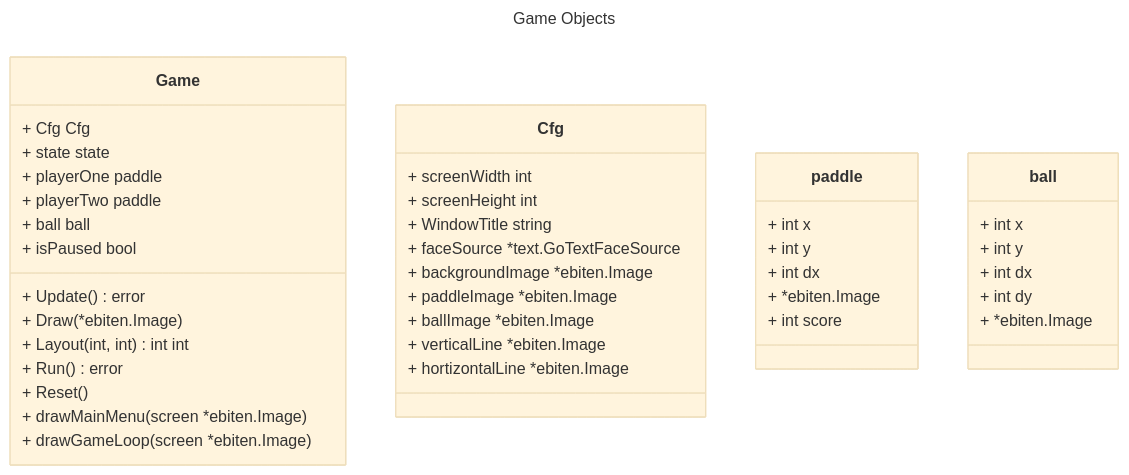
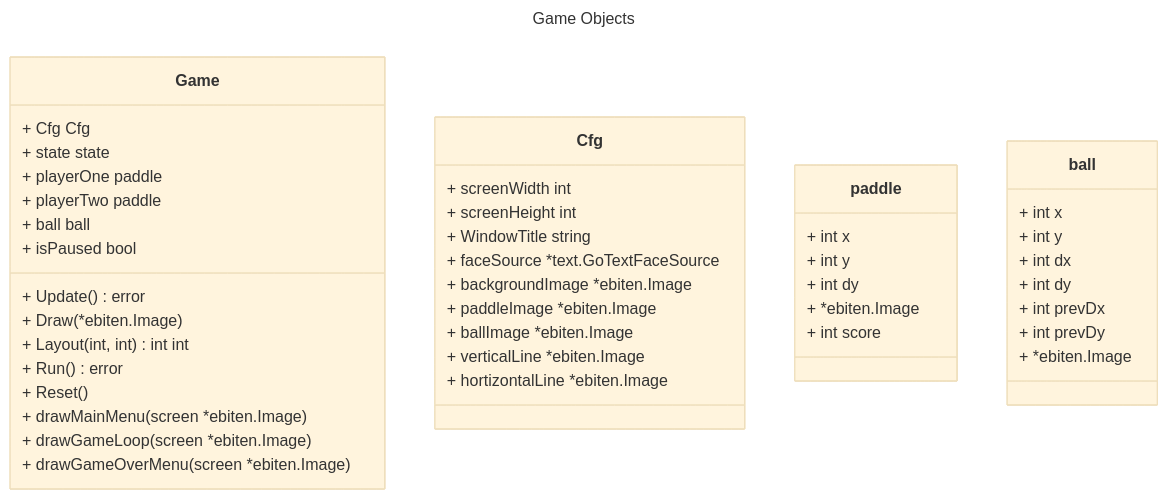
Before and after one commit to KalebHawkins/Pong: the diagram in docs/GameObjects.md, drawn with Mermaid (base theme). The commit also changed 3 other files, not shown here.

````diff
--- a/docs/GameObjects.md
+++ b/docs/GameObjects.md
@@ -1,52 +1,55 @@
 ```mermaid
 ---
 title: Game Objects
 ---
 classDiagram
     class Game {
         + Cfg Cfg
 
         + state state
         + playerOne paddle
         + playerTwo paddle
         + ball ball
         + isPaused bool
 
         + Update() error
         + Draw(*ebiten.Image)
         + Layout(int, int) int int
         + Run() error
         + Reset()
         + drawMainMenu(screen *ebiten.Image)
         + drawGameLoop(screen *ebiten.Image)
+        + drawGameOverMenu(screen *ebiten.Image)
     }
 
     class Cfg {
         + screenWidth int
         + screenHeight int
         + WindowTitle string
         + faceSource *text.GoTextFaceSource
         + backgroundImage *ebiten.Image
         + paddleImage *ebiten.Image
         + ballImage *ebiten.Image
         + verticalLine *ebiten.Image
         + hortizontalLine *ebiten.Image
     }
 
     class paddle {
         + int x
         + int y
-        + int dx
+        + int dy
         + *ebiten.Image
         + int score
     }
 
     class ball {
         + int x
         + int y
         + int dx
         + int dy
+        + int prevDx
+        + int prevDy
         + *ebiten.Image
     }
 
 ```
````
